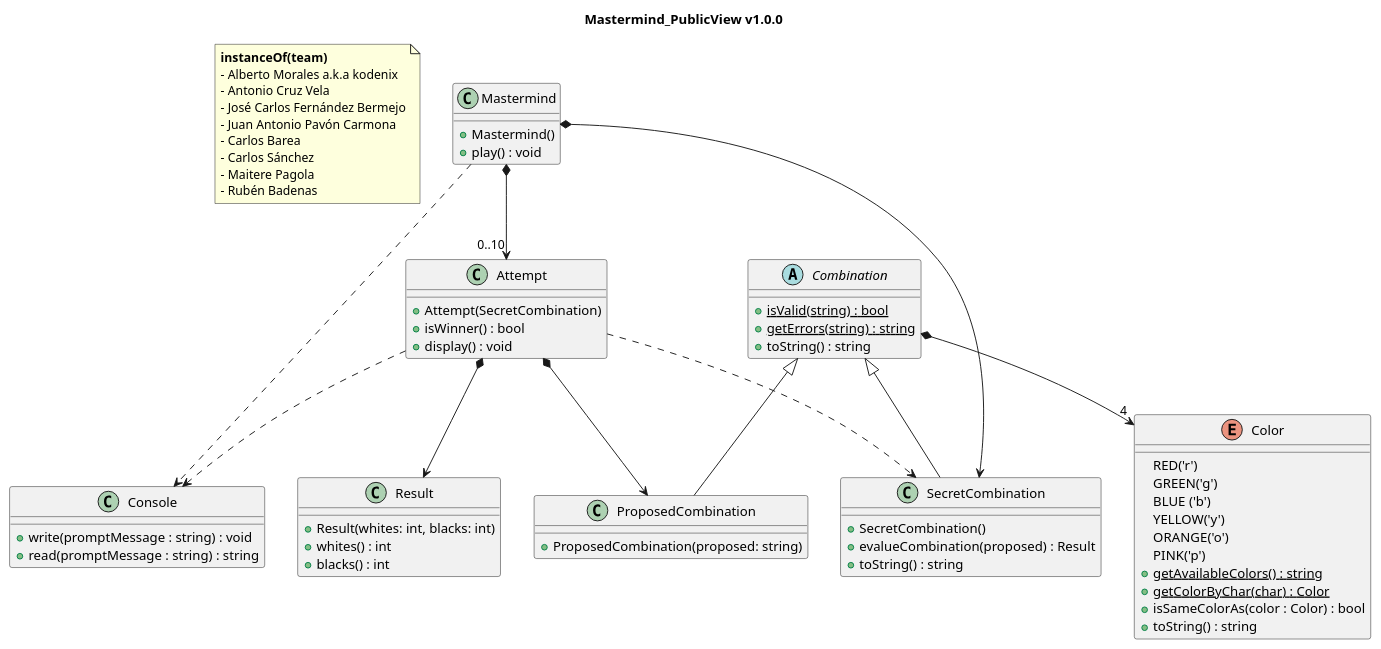
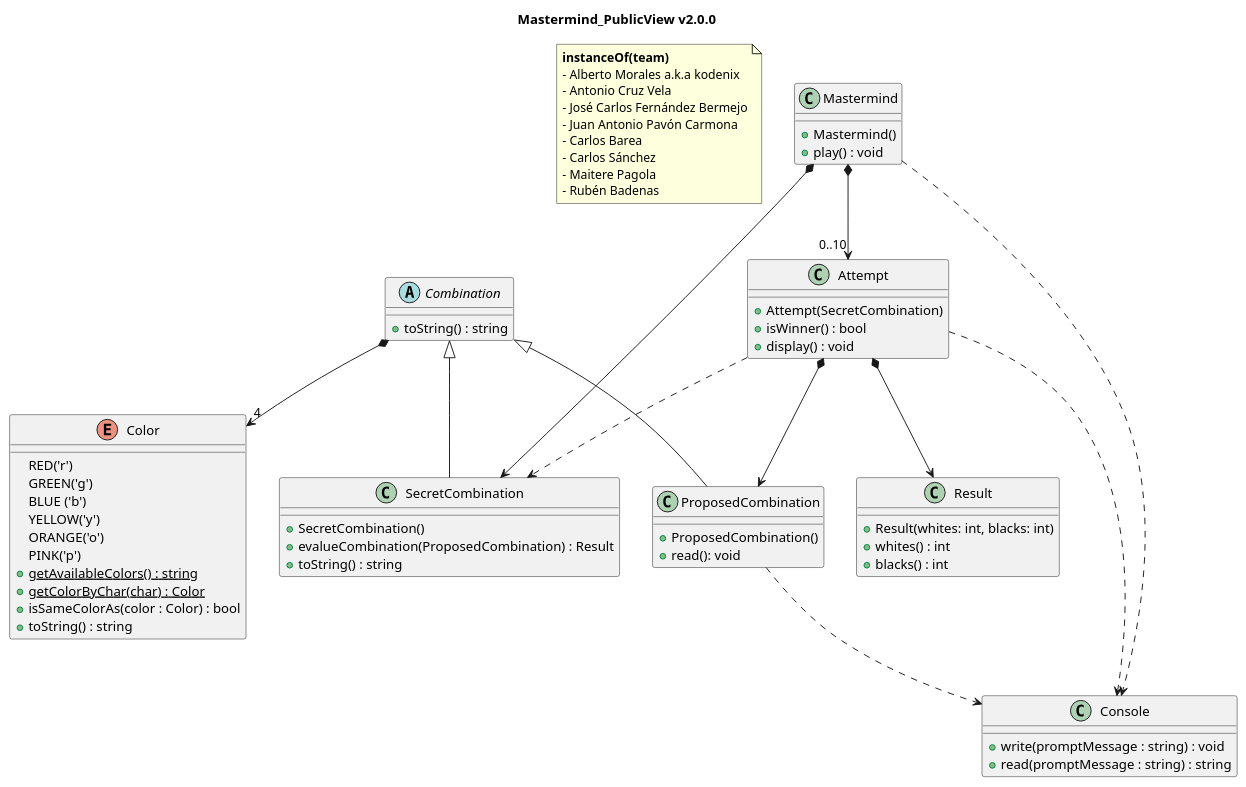
One commit to InstanceOfTeam/doo-task01-mastermind changed the diagram in mastermind.puml. Above: the diagram before and after it, drawn with PlantUML. The commit also changed 1 other file, not shown here.

Commit message:
Moved colorCode read responsability to read method at ProposedCombination

```diff
--- a/mastermind.puml
+++ b/mastermind.puml
@@ -1,86 +1,86 @@
-@startuml Mastermind_PublicView_v1_0_0
+@startuml Mastermind_PublicView_v2_0_0
 
-title Mastermind_PublicView v1.0.0
+title Mastermind_PublicView v2.0.0
 
 note as N1
   <b>instanceOf(team)</b>
   - Alberto Morales a.k.a kodenix
   - Antonio Cruz Vela
   - José Carlos Fernández Bermejo
   - Juan Antonio Pavón Carmona
   - Carlos Barea
   - Carlos Sánchez
   - Maitere Pagola
   - Rubén Badenas
 end note
 
 
 class Mastermind {
     +Mastermind()
     +play() : void
 }
 
 class Attempt{
     +Attempt(SecretCombination)
     +isWinner() : bool
     +display() : void
 }
 
 
 class Result{
     +Result(whites: int, blacks: int)
     +whites() : int
     +blacks() : int
 }
 
 enum Color{
     RED('r')
     GREEN('g')
     BLUE ('b')
     YELLOW('y')
     ORANGE('o')
     PINK('p')
     +{static} getAvailableColors() : string
     +{static} getColorByChar(char) : Color
     +isSameColorAs(color : Color) : bool
     +toString() : string
 }
 
 abstract class Combination{
-    +{static} isValid(string) : bool
-    +{static} getErrors(string) : string
     +toString() : string
 }
 
 class SecretCombination{
     +SecretCombination()
-    +evalueCombination(proposed) : Result
+    +evalueCombination(ProposedCombination) : Result
     +toString() : string
 }
 
 class ProposedCombination{
-    +ProposedCombination(proposed: string)
+    +ProposedCombination()
+    +read(): void
 }
 
 class Console{
     +write(promptMessage : string) : void
     +read(promptMessage : string) : string
 }
 
 
 
 Mastermind *--> SecretCombination
 Mastermind *--> "0..10" Attempt
 
 Combination ^-- SecretCombination
 Combination ^-- ProposedCombination
 Combination *--> "4" Color
 
 Attempt *--> ProposedCombination
 Attempt *--> Result
 Attempt ..> SecretCombination
 
 Mastermind ..> Console
 Attempt ..> Console
+ProposedCombination ..> Console
 
 @enduml
```
